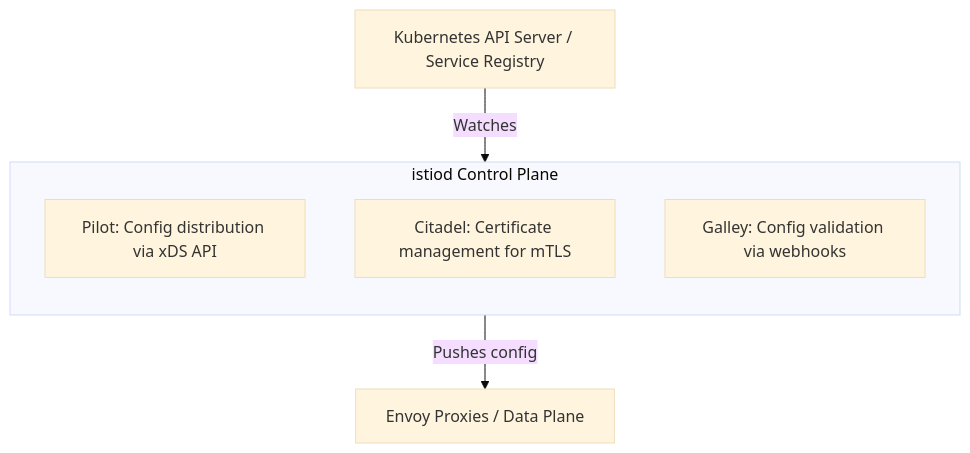
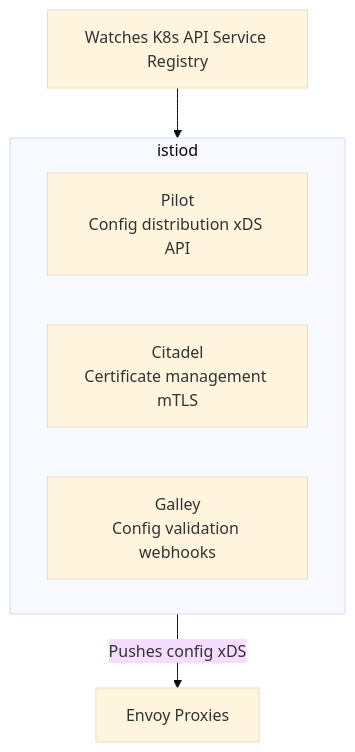
Before and after one commit to krisztiankoos/kubedojo: the first of 8 diagrams in src/content/docs/k8s/ica/module-1.1-istio-installation-architecture.md, drawn with Mermaid (base theme). The commit also changed other lines of this file, not shown here.

Commit message:
chore(content): write-only draft [k8s/ica/module-1.1-istio-installation-architecture]

````diff
--- a/src/content/docs/k8s/ica/module-1.1-istio-installation-architecture.md
+++ b/src/content/docs/k8s/ica/module-1.1-istio-installation-architecture.md
@@ -97,15 +105,10 @@
 ```mermaid
 flowchart TD
-    subgraph ControlPlane[istiod Control Plane]
-        direction TB
-        Pilot[Pilot: Config distribution via xDS API]
-        Citadel[Citadel: Certificate management for mTLS]
-        Galley[Galley: Config validation via webhooks]
+    subgraph istiod [istiod]
+        P[Pilot<br/>Config distribution xDS API]
+        C[Citadel<br/>Certificate management mTLS]
+        G[Galley<br/>Config validation webhooks]
     end
-    
-    K8sAPI[Kubernetes API Server / Service Registry]
-    EnvoyProxies[Envoy Proxies / Data Plane]
-    
-    K8sAPI -->|Watches| ControlPlane
-    ControlPlane -->|Pushes config| EnvoyProxies
+    K8s[Watches K8s API Service Registry] --> istiod
+    istiod -->|Pushes config xDS| Envoy[Envoy Proxies]
 ```
````
